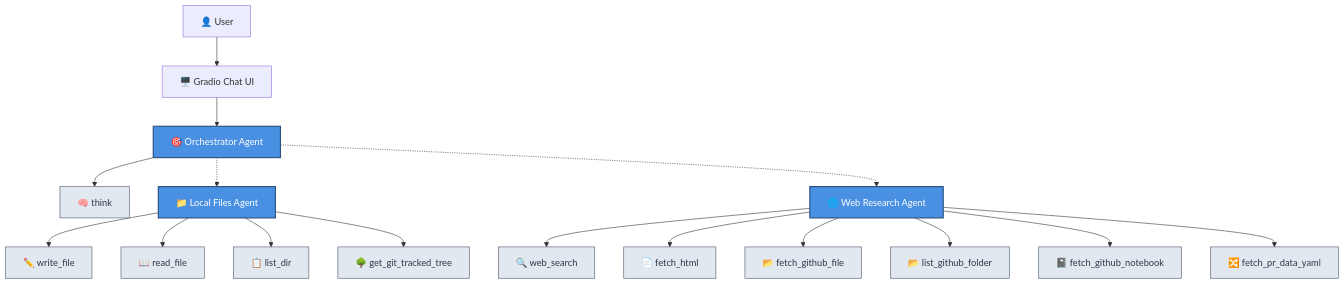
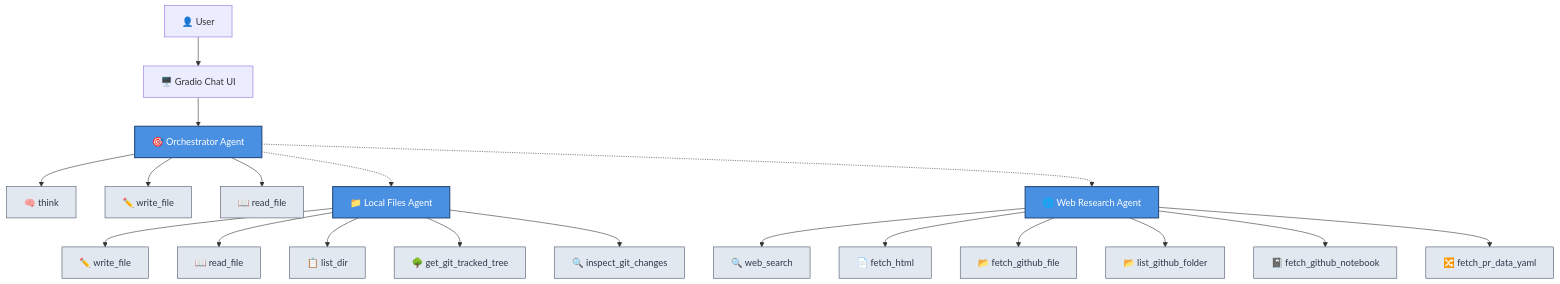
One commit to ottokruse/research-agent changed the diagram in README.md. Above: the diagram before and after it, drawn with Mermaid. The commit also changed other lines of this file and 5 other files, not shown here.

Commit message:
feat: git tool and other improvements

````diff
--- a/README.md
+++ b/README.md
@@ -37,28 +37,31 @@
 ```mermaid
 graph TD
     User[👤 User] --> UI[🖥️ Gradio Chat UI]
     UI --> Orchestrator[🎯 Orchestrator Agent]
 
     Orchestrator --> Think[🧠 think]
+    Orchestrator --> WriteFile[✏️ write_file]
+    Orchestrator --> ReadFile[📖 read_file]
     Orchestrator -.-> FilesAgent[📁 Local Files Agent]
     Orchestrator -.-> WebAgent[🌐 Web Research Agent]
 
     WebAgent --> WebSearch[🔍 web_search]
     WebAgent --> FetchHTML[📄 fetch_html]
-    WebAgent --> GitHubFile[📂 fetch_github_file]
-    WebAgent --> GitHubFolder[📂 list_github_folder]
-    WebAgent --> GitHubNotebook[📓 fetch_github_notebook]
-    WebAgent --> PRData[🔀 fetch_pr_data_yaml]
+    WebAgent --> FetchGitHubFile[📂 fetch_github_file]
+    WebAgent --> ListGitHubFolder[📂 list_github_folder]
+    WebAgent --> FetchGitHubNotebook[📓 fetch_github_notebook]
+    WebAgent --> FetchPRDataYaml[🔀 fetch_pr_data_yaml]
 
-    FilesAgent --> WriteFile[✏️ write_file]
-    FilesAgent --> ReadFile[📖 read_file]
+    FilesAgent --> WriteFileLocal[✏️ write_file]
+    FilesAgent --> ReadFileLocal[📖 read_file]
     FilesAgent --> ListDir[📋 list_dir]
     FilesAgent --> GitTree[🌳 get_git_tracked_tree]
+    FilesAgent --> InspectGitChanges[🔍 inspect_git_changes]
 
     %% Styling for better contrast in both light and dark modes
     classDef agentClass fill:#4a90e2,color:#ffffff,stroke:#2c5282,stroke-width:2px
     classDef toolClass fill:#e2e8f0,color:#2d3748,stroke:#4a5568,stroke-width:1px
 
     class Orchestrator,WebAgent,FilesAgent agentClass
-    class Think,WebSearch,FetchHTML,GitHubFile,GitHubFolder,GitHubNotebook,PRData,WriteFile,ReadFile,ListDir,GitTree toolClass
+    class Think,WebSearch,FetchHTML,FetchGitHubFile,ListGitHubFolder,FetchGitHubNotebook,FetchPRDataYaml,WriteFile,ReadFile,WriteFileLocal,ReadFileLocal,ListDir,GitTree,InspectGitChanges toolClass
 ```
````
